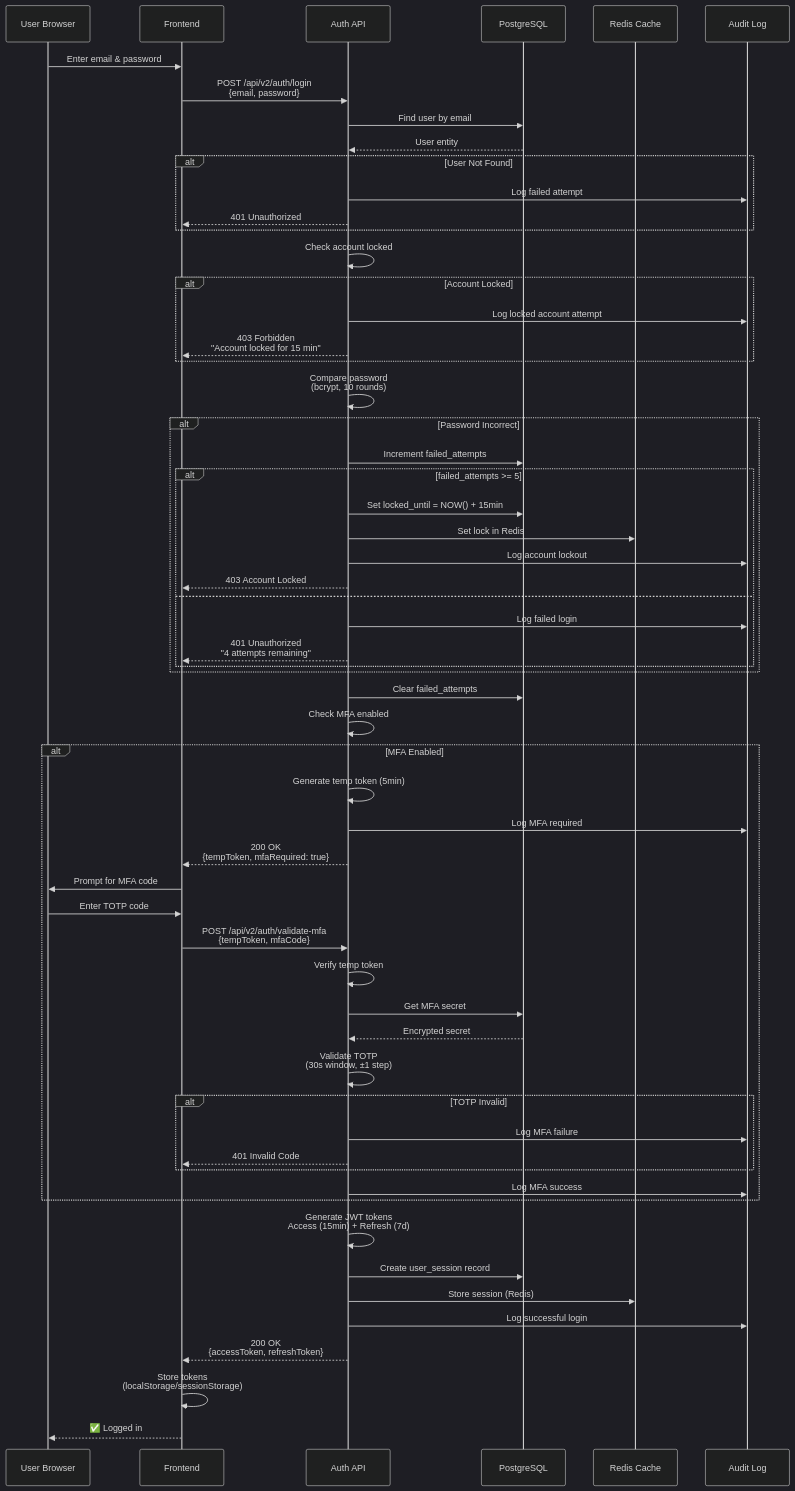
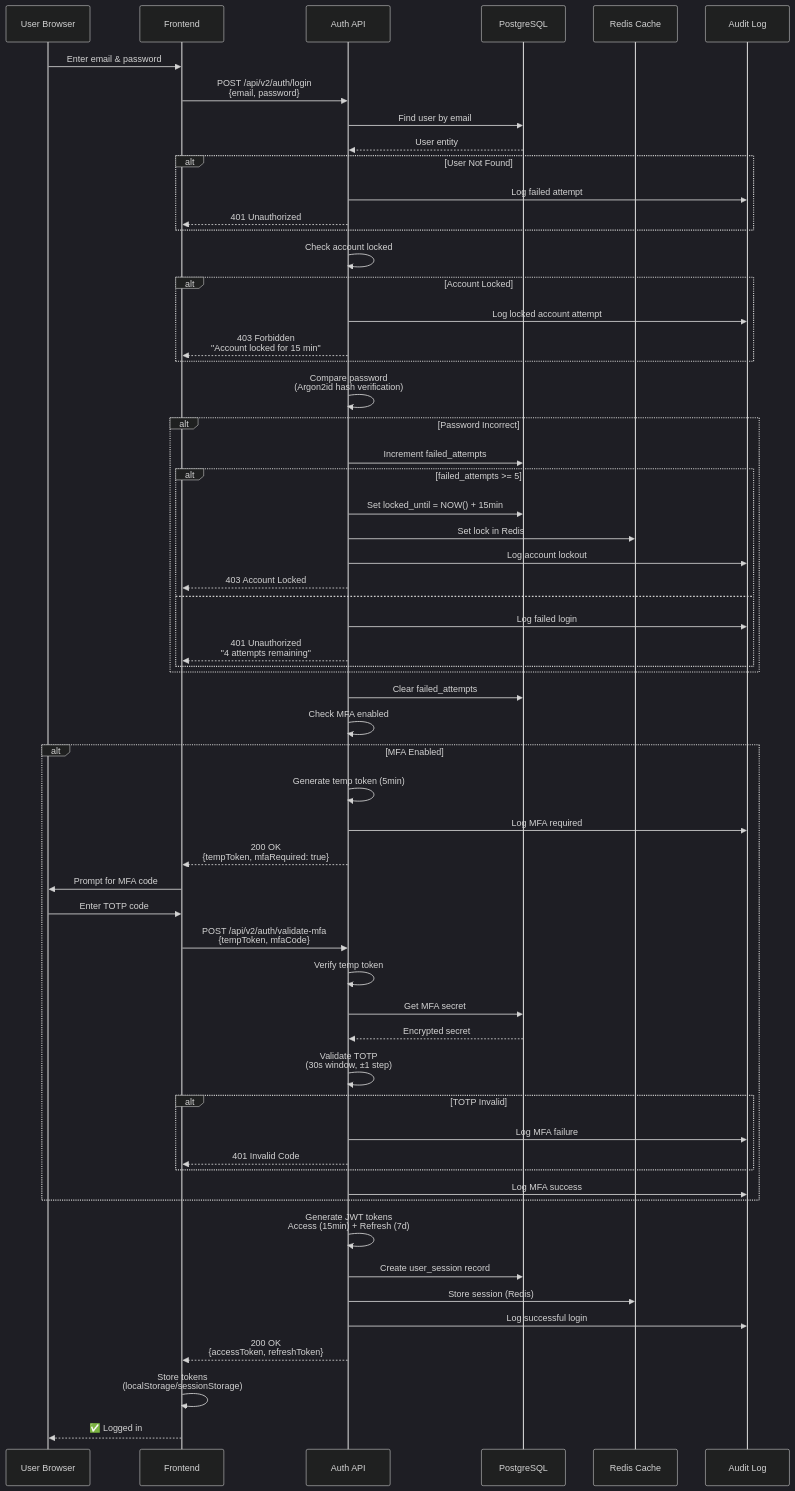
The third of 25 diagrams in architecture/04-SECURITY.md (telemetryflow/telemetryflow-overview), drawn with Mermaid (dark theme) before and after one commit. The commit also changed other lines of this file and 68 other files, not shown here.

````diff
--- a/architecture/04-SECURITY.md
+++ b/architecture/04-SECURITY.md
@@ -76,75 +77,75 @@
 ```mermaid
 sequenceDiagram
     participant User as User Browser
     participant Frontend as Frontend
     participant API as Auth API
     participant DB as PostgreSQL
     participant Cache as Redis Cache
     participant Audit as Audit Log
 
     User->>Frontend: Enter email & password
     Frontend->>API: POST /api/v2/auth/login<br/>{email, password}
 
     API->>DB: Find user by email
     DB-->>API: User entity
 
     alt User Not Found
         API->>Audit: Log failed attempt
         API-->>Frontend: 401 Unauthorized
     end
 
     API->>API: Check account locked
     alt Account Locked
         API->>Audit: Log locked account attempt
         API-->>Frontend: 403 Forbidden<br/>"Account locked for 15 min"
     end
 
-    API->>API: Compare password<br/>(bcrypt, 10 rounds)
+    API->>API: Compare password<br/>(Argon2id hash verification)
 
     alt Password Incorrect
         API->>DB: Increment failed_attempts
         alt failed_attempts >= 5
             API->>DB: Set locked_until = NOW() + 15min
             API->>Cache: Set lock in Redis
             API->>Audit: Log account lockout
             API-->>Frontend: 403 Account Locked
         else
             API->>Audit: Log failed login
             API-->>Frontend: 401 Unauthorized<br/>"4 attempts remaining"
         end
     end
 
     API->>DB: Clear failed_attempts
     API->>API: Check MFA enabled
 
     alt MFA Enabled
         API->>API: Generate temp token (5min)
         API->>Audit: Log MFA required
         API-->>Frontend: 200 OK<br/>{tempToken, mfaRequired: true}
 
         Frontend->>User: Prompt for MFA code
         User->>Frontend: Enter TOTP code
         Frontend->>API: POST /api/v2/auth/validate-mfa<br/>{tempToken, mfaCode}
 
         API->>API: Verify temp token
         API->>DB: Get MFA secret
         DB-->>API: Encrypted secret
         API->>API: Validate TOTP<br/>(30s window, ±1 step)
 
         alt TOTP Invalid
             API->>Audit: Log MFA failure
             API-->>Frontend: 401 Invalid Code
         end
 
         API->>Audit: Log MFA success
     end
 
     API->>API: Generate JWT tokens<br/>Access (15min) + Refresh (7d)
     API->>DB: Create user_session record
     API->>Cache: Store session (Redis)
     API->>Audit: Log successful login
 
     API-->>Frontend: 200 OK<br/>{accessToken, refreshToken}
     Frontend->>Frontend: Store tokens<br/>(localStorage/sessionStorage)
     Frontend-->>User: ✅ Logged in
 ```
````
